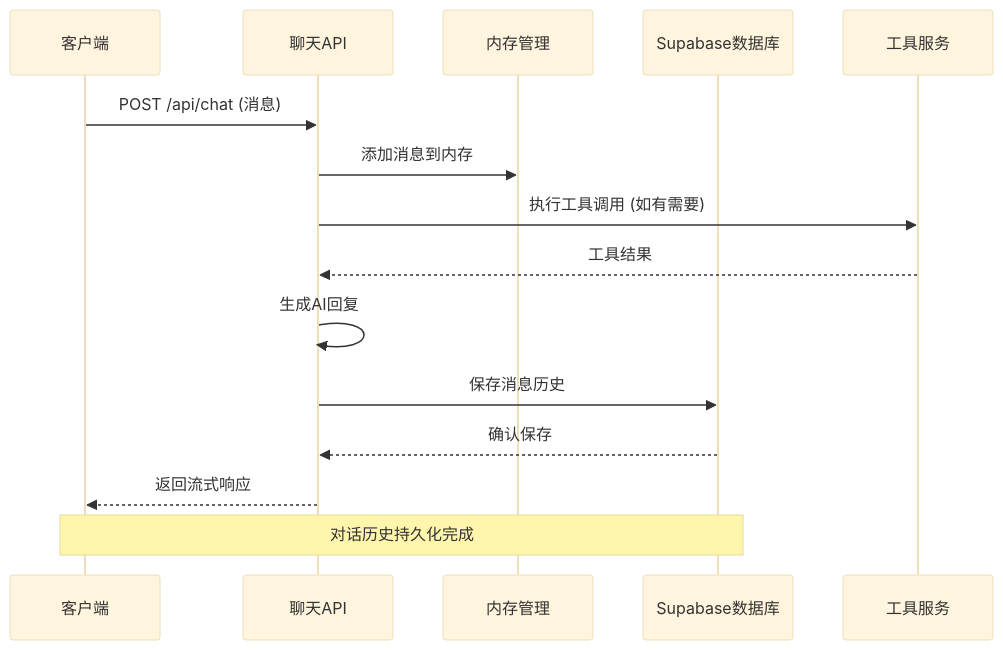
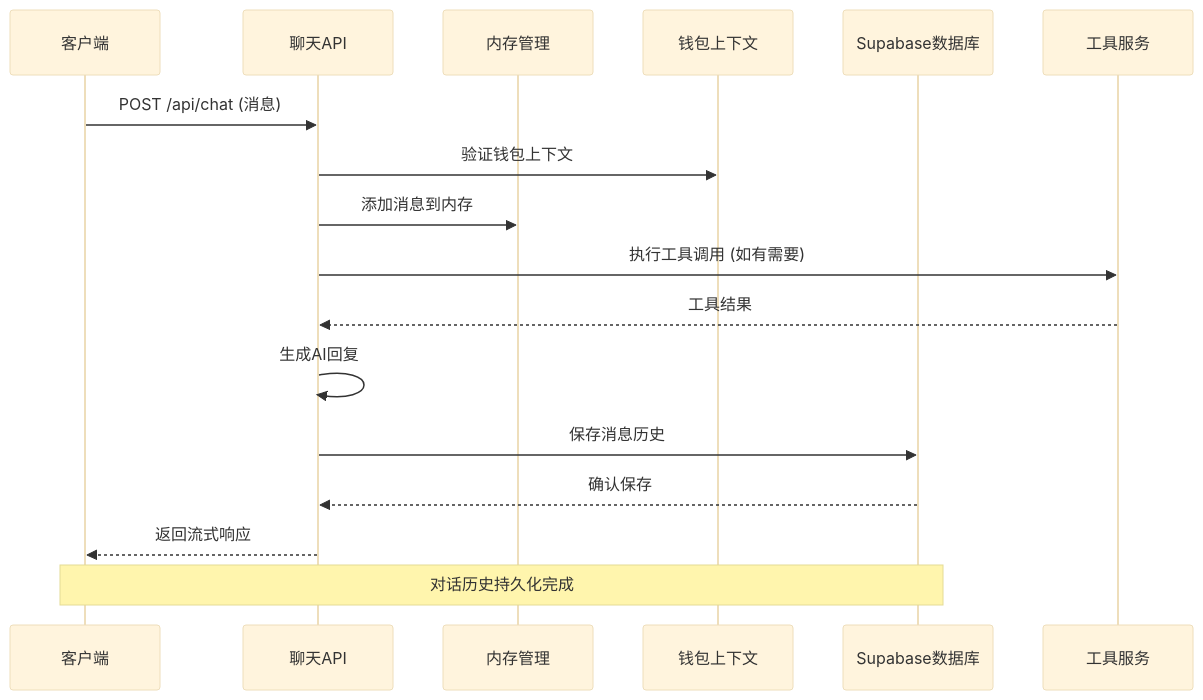
One commit to CryptoLinxu/Web3-AI-Agent changed the second of 12 diagrams in .qoder/repowiki/zh/content/核心技能详解/对话持久化系统.md. Above: the diagram before and after it, drawn with Mermaid (base theme). The commit also changed other lines of this file and 3 other files, not shown here.

````diff
--- a/.qoder/repowiki/zh/content/核心技能详解/对话持久化系统.md
+++ b/.qoder/repowiki/zh/content/核心技能详解/对话持久化系统.md
@@ -114,17 +127,19 @@
 ```mermaid
 sequenceDiagram
 participant Client as 客户端
 participant API as 聊天API
 participant Memory as 内存管理
+participant Wallet as 钱包上下文
 participant DB as Supabase数据库
 participant Tools as 工具服务
 Client->>API : POST /api/chat (消息)
+API->>Wallet : 验证钱包上下文
 API->>Memory : 添加消息到内存
 API->>Tools : 执行工具调用 (如有需要)
 Tools-->>API : 工具结果
 API->>API : 生成AI回复
 API->>DB : 保存消息历史
 DB-->>API : 确认保存
 API-->>Client : 返回流式响应
 Note over Client,DB : 对话历史持久化完成
 ```
````
